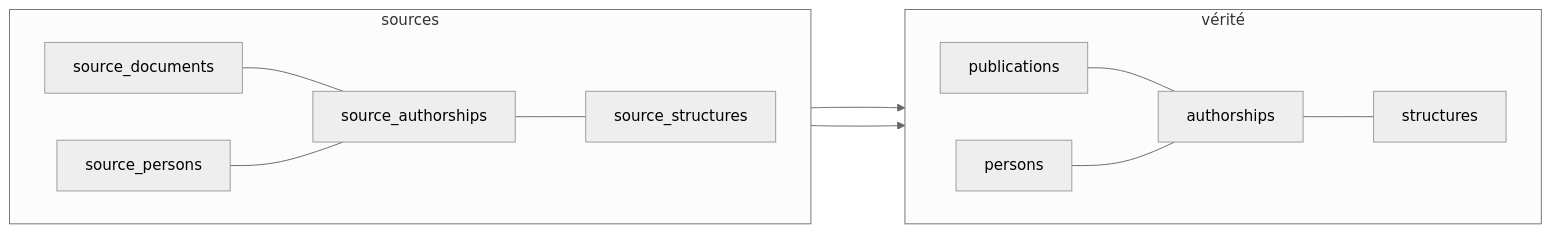
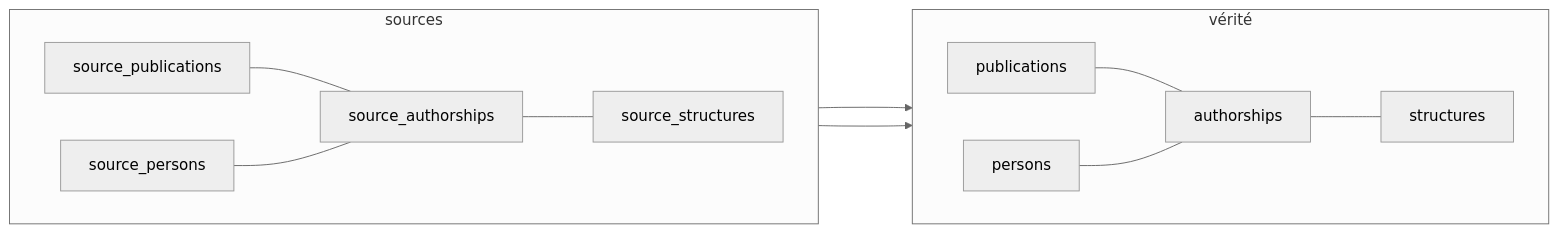
The first of 5 diagrams in docs/architecture.md (Y33sha/bibliometrie-uca), drawn with Mermaid (neutral theme) before and after one commit. The commit also changed other lines of this file and 109 other files, not shown here.

First line of the commit message:
Renommer source_documents → source_publications, squash migrations

````diff
--- a/docs/architecture.md
+++ b/docs/architecture.md
@@ -7,18 +7,18 @@
 ```mermaid
 flowchart LR
     subgraph sources
     direction LR
-        source_documents---source_authorships
+        source_publications---source_authorships
         source_persons---source_authorships
         source_authorships---source_structures
     end
     subgraph vérité
         direction LR
         publications---authorships
         persons---authorships
         authorships---structures
     end
-    source_documents--->publications
+    source_publications--->publications
     source_authorships--->persons
     
 ```
````
